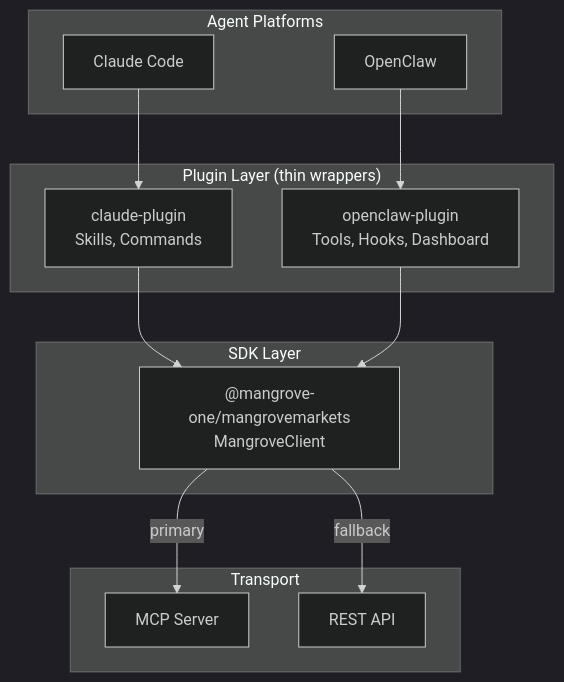
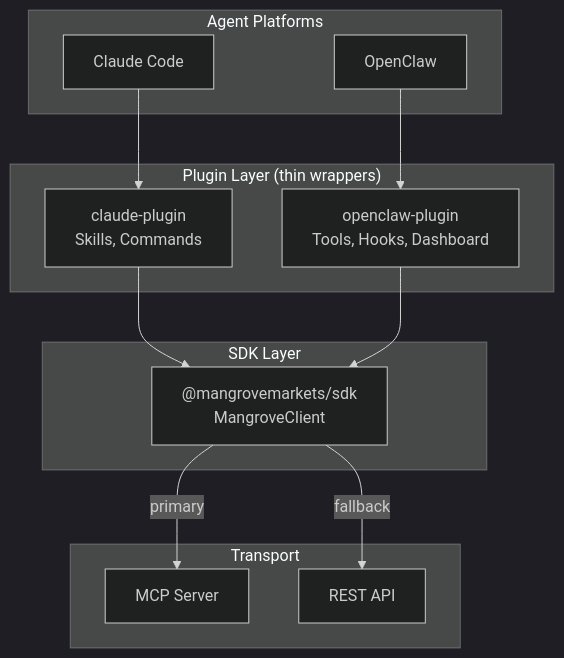
One commit to MangroveTechnologies/MangroveMarkets changed the first of 3 diagrams in docs/plans/2026-02-28-plugins-design.md. Above: the diagram before and after it, drawn with Mermaid (dark theme). The commit also changed other lines of this file and 18 other files, not shown here.

````diff
--- a/docs/plans/2026-02-28-plugins-design.md
+++ b/docs/plans/2026-02-28-plugins-design.md
@@ -19,28 +19,28 @@
 ```mermaid
 graph TD
     subgraph "Agent Platforms"
         CC[Claude Code]
         OC[OpenClaw]
     end
 
     subgraph "Plugin Layer (thin wrappers)"
         CP[claude-plugin<br/>Skills, Commands]
         OP[openclaw-plugin<br/>Tools, Hooks, Dashboard]
     end
 
     subgraph "SDK Layer"
-        SDK["@mangrove-one/mangrovemarkets<br/>MangroveClient"]
+        SDK["@mangrovemarkets/sdk<br/>MangroveClient"]
     end
 
     subgraph "Transport"
         MCP[MCP Server]
         REST[REST API]
     end
 
     CC --> CP
     OC --> OP
     CP --> SDK
     OP --> SDK
     SDK -->|primary| MCP
     SDK -->|fallback| REST
 ```
````
